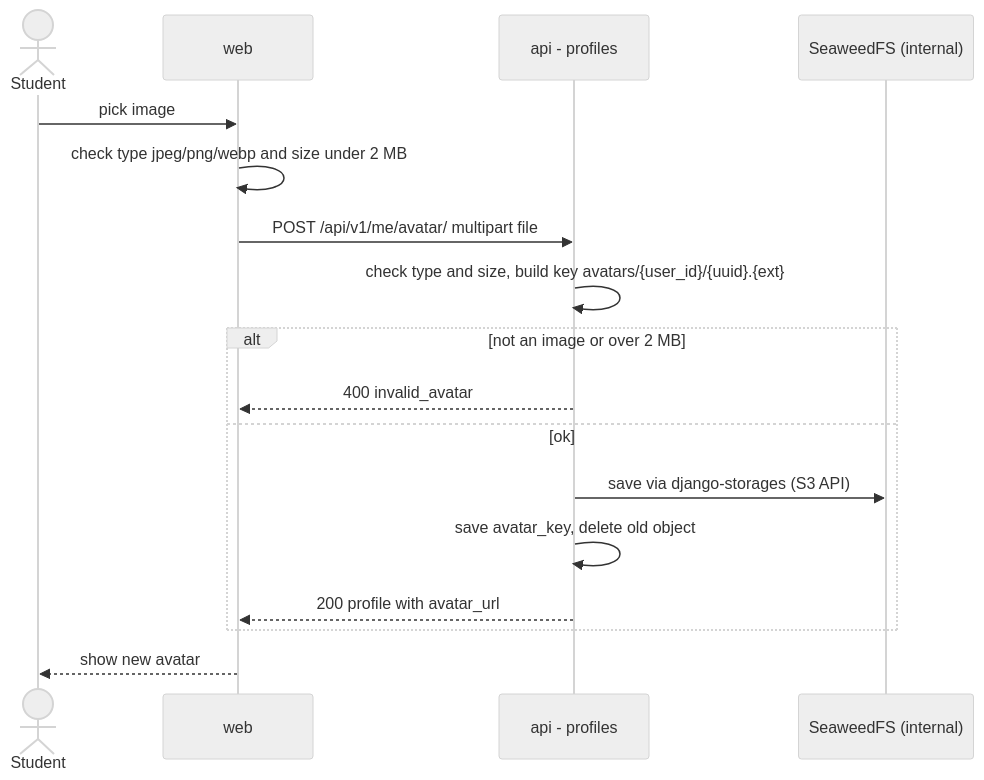
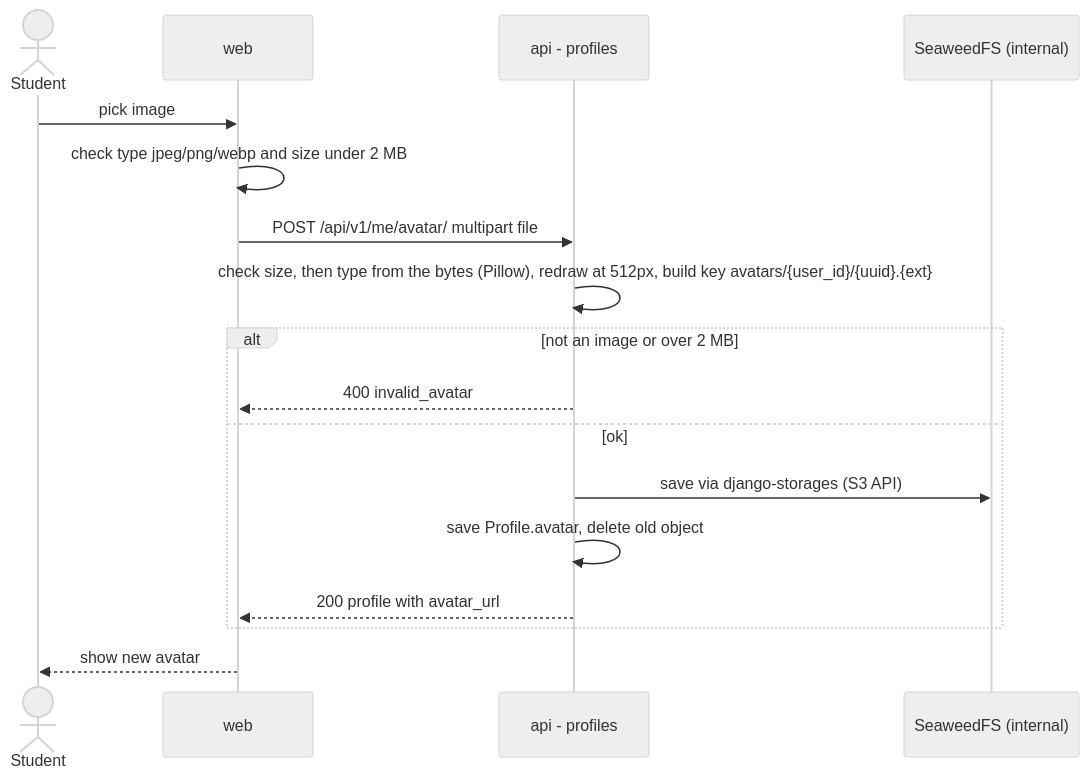
The sixth of 6 diagrams in docs/architecture/flows.md (season101/teammatch), drawn with Mermaid (neutral theme) before and after one commit. The commit also changed 26 other files, not shown here.

````diff
--- a/docs/architecture/flows.md
+++ b/docs/architecture/flows.md
@@ -210,20 +210,20 @@
 ```mermaid
 sequenceDiagram
     actor U as Student
     participant W as web
     participant A as api - profiles
     participant S as SeaweedFS (internal)
 
     U->>W: pick image
     W->>W: check type jpeg/png/webp and size under 2 MB
     W->>A: POST /api/v1/me/avatar/ multipart file
-    A->>A: check type and size, build key avatars/{user_id}/{uuid}.{ext}
+    A->>A: check size, then type from the bytes (Pillow), redraw at 512px, build key avatars/{user_id}/{uuid}.{ext}
     alt not an image or over 2 MB
         A-->>W: 400 invalid_avatar
     else ok
         A->>S: save via django-storages (S3 API)
-        A->>A: save avatar_key, delete old object
+        A->>A: save Profile.avatar, delete old object
         A-->>W: 200 profile with avatar_url
     end
     W-->>U: show new avatar
 ```
````
